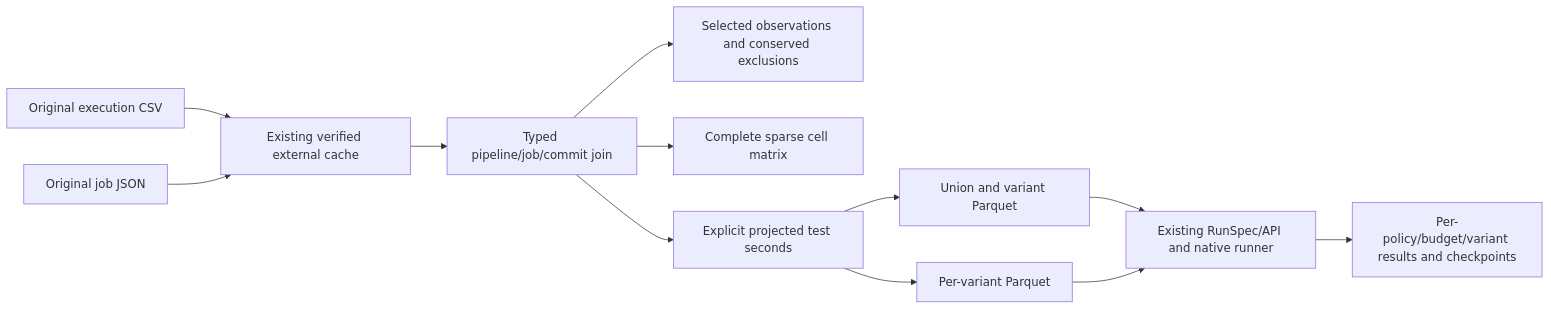
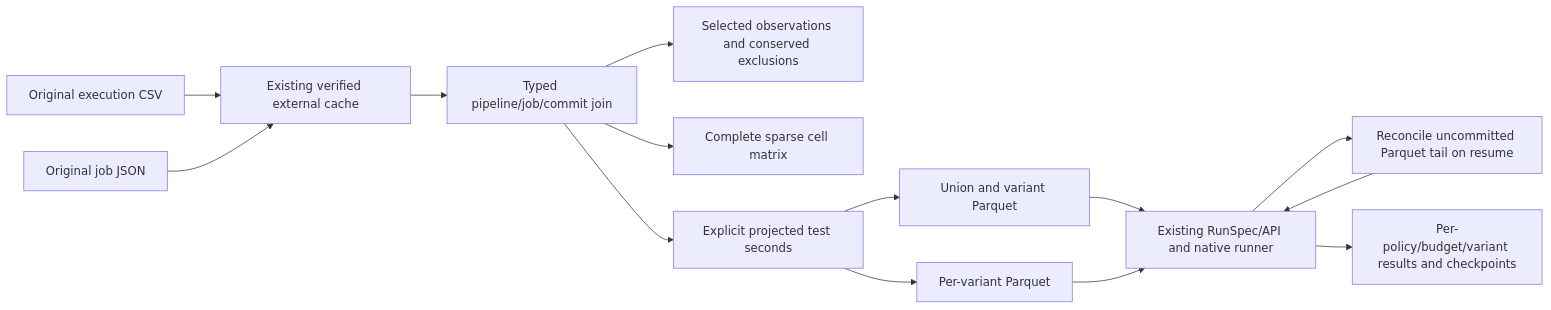
The diagram in docs/hcs-parquet-etl.md (jacksonpradolima/coleman4hcs), drawn with Mermaid before and after one commit. The commit also changed other lines of this file and 9 other files, not shown here.

Commit message:
fix(results): reconcile uncommitted Parquet rows before native resume

````diff
--- a/docs/hcs-parquet-etl.md
+++ b/docs/hcs-parquet-etl.md
@@ -176,14 +176,16 @@
 ```mermaid
 flowchart LR
     CSV[Original execution CSV] --> Cache[Existing verified external cache]
     JSON[Original job JSON] --> Cache
     Cache --> Join[Typed pipeline/job/commit join]
     Join --> Evidence[Selected observations and conserved exclusions]
     Join --> Cells[Complete sparse cell matrix]
     Join --> Native[Explicit projected test seconds]
     Native --> WTS[Union and variant Parquet]
     Native --> VTS[Per-variant Parquet]
     WTS --> Runner[Existing RunSpec/API and native runner]
     VTS --> Runner
+    Runner --> Recovery[Reconcile uncommitted Parquet tail on resume]
+    Recovery --> Runner
     Runner --> Results[Per-policy/budget/variant results and checkpoints]
 ```
````
